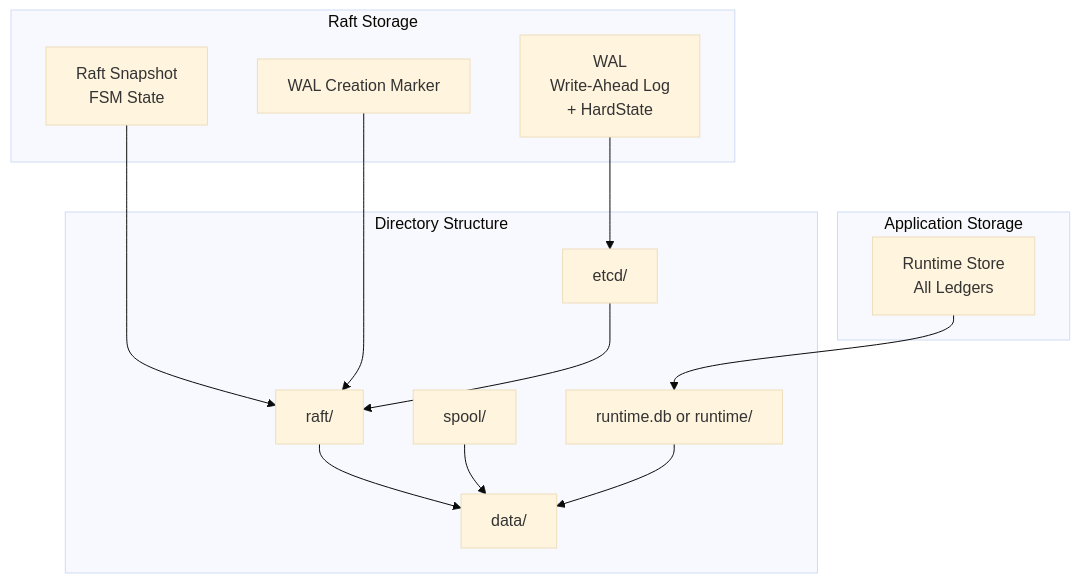
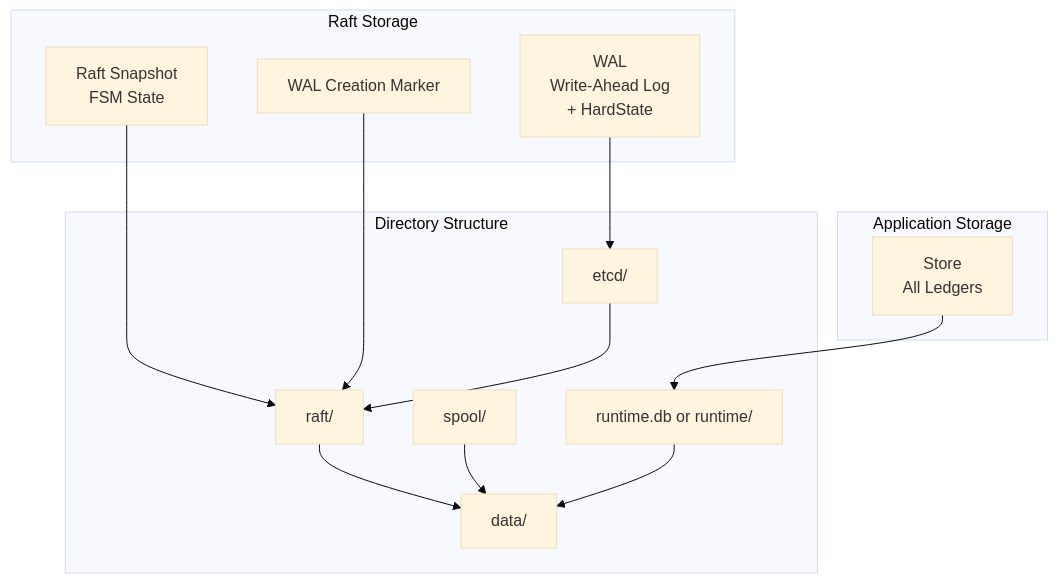
The diagram in docs/storage.md (formancehq/ledger), drawn with Mermaid (base theme) before and after one commit. The commit also changed other lines of this file and 31 other files, not shown here.

````diff
--- a/docs/storage.md
+++ b/docs/storage.md
@@ -15,29 +17,29 @@
 ```mermaid
 graph TB
     subgraph "Raft Storage"
         WAL[WAL<br/>Write-Ahead Log<br/>+ HardState]
         Snapshot[Raft Snapshot<br/>FSM State]
         Marker[WAL Creation Marker]
     end
     
     subgraph "Application Storage"
-        RuntimeStore[Runtime Store<br/>All Ledgers]
+        Store[Store<br/>All Ledgers]
     end
     
     subgraph "Directory Structure"
         RaftDir[raft/]
         EtcdDir[etcd/]
         SpoolDir[spool/]
         DataDir[data/]
         RuntimeDB[runtime.db or runtime/]
     end
     
     WAL --> EtcdDir
     Snapshot --> RaftDir
     Marker --> RaftDir
     EtcdDir --> RaftDir
     RaftDir --> DataDir
     SpoolDir --> DataDir
-    RuntimeStore --> RuntimeDB
+    Store --> RuntimeDB
     RuntimeDB --> DataDir
 ```
````
